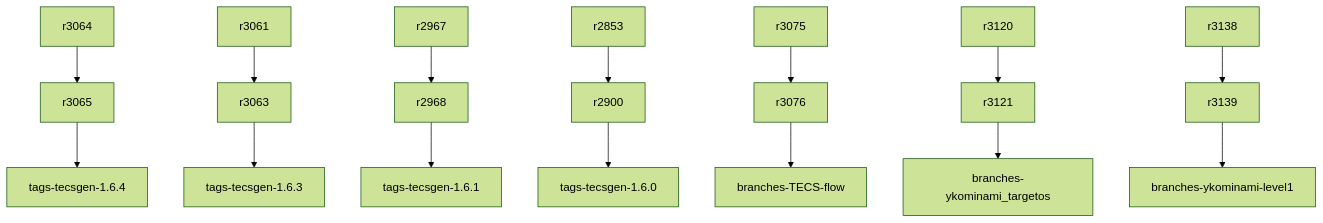
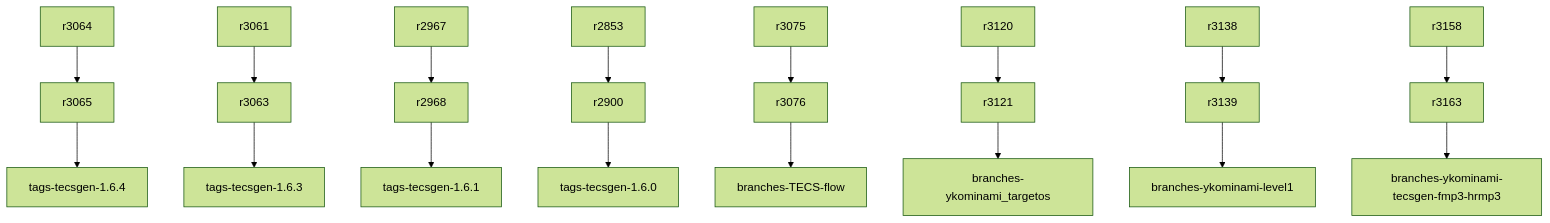
One commit to ykominami/testxprj changed the diagram in tecsgen_B.md. Above: the diagram before and after it, drawn with Mermaid (forest theme).

````diff
--- a/tecsgen_B.md
+++ b/tecsgen_B.md
@@ -1,22 +1,24 @@
 ```mermaid
 
 graph TD;
   r3065-->tags-tecsgen-1.6.4;
   r3064-->r3065;
   r3063-->tags-tecsgen-1.6.3;
   r3061-->r3063;
   r2968-->tags-tecsgen-1.6.1;
   r2967-->r2968;
   r2900-->tags-tecsgen-1.6.0;
   r2853-->r2900;
   
   r3076-->branches-TECS-flow;
   r3075-->r3076;
 
   r3121-->branches-ykominami_targetos;
   r3120-->r3121;
 
   r3139-->branches-ykominami-level1;
   r3138-->r3139;
 
+  r3163-->branches-ykominami-tecsgen-fmp3-hrmp3;
+  r3158-->r3163;
 ```
````
